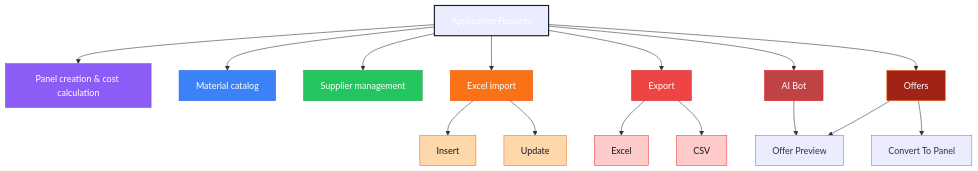
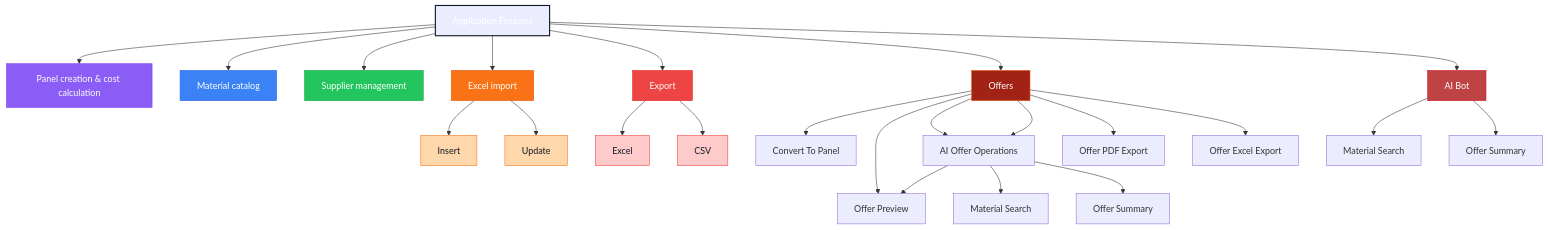
One commit to z1skgr/panelapp changed the second of 3 diagrams in README.md. Above: the diagram before and after it, drawn with Mermaid. The commit also changed other lines of this file, not shown here.

````diff
--- a/README.md
+++ b/README.md
@@ -477,35 +505,46 @@
 ```mermaid
 flowchart TD
     A[Application Features] --> B[Panel creation & cost calculation]
     A --> C[Material catalog]
     A --> D[Supplier management]
     A --> E[Excel import]
     A --> F[Export]
 	A --> G[Offers]
 	A --> H[AI Bot]
 
     E --> E1[Insert]
     E --> E2[Update]
 
     F --> F1[Excel]
     F --> F2[CSV]
 	
-	G --> G1[Offer Preview]
-	G --> G2[Convert To Panel]
+	G --> G1[Convert To Panel]
+	G --> GG1[Material Search]
 	
-	H --> G1[Offer Preview]
+	G --> G3[AI Offer Operations]
 
+	G3 --> GG1[Offer Preview]
+	G3 --> GG2[Material Search]
+	G3 --> GG3[Offer Summary]
+
+
+G --> G3[AI Offer Operations]
+G --> G4[Offer PDF Export]
+G --> G5[Offer Excel Export]
+
+H --> H1[Material Search]
+H --> H2[Offer Summary]
 
     style A fill:#1f,color:#ffffff,stroke:#111827,stroke-width:2px
     style B fill:#8b5cf6,color:#ffffff,stroke:#7c3aed
     style C fill:#3b82f6,color:#ffffff,stroke:#2563eb
     style D fill:#22c55e,color:#ffffff,stroke:#16a34a
     style E fill:#f97316,color:#ffffff,stroke:#ea580c
     style F fill:#ef4444,color:#ffffff,stroke:#dc2626
 	style G fill:#a12316,color:#ffffff,stroke:#eb580d
     style H fill:#bf4344,color:#ffffff,stroke:#dc1626
     style E1 fill:#fed7aa,color:#111827,stroke:#f97316
     style E2 fill:#fed7aa,color:#111827,stroke:#f97316
     style F1 fill:#fecaca,color:#111827,stroke:#ef4444
     style F2 fill:#fecaca,color:#111827,stroke:#ef4444
 ```
````
